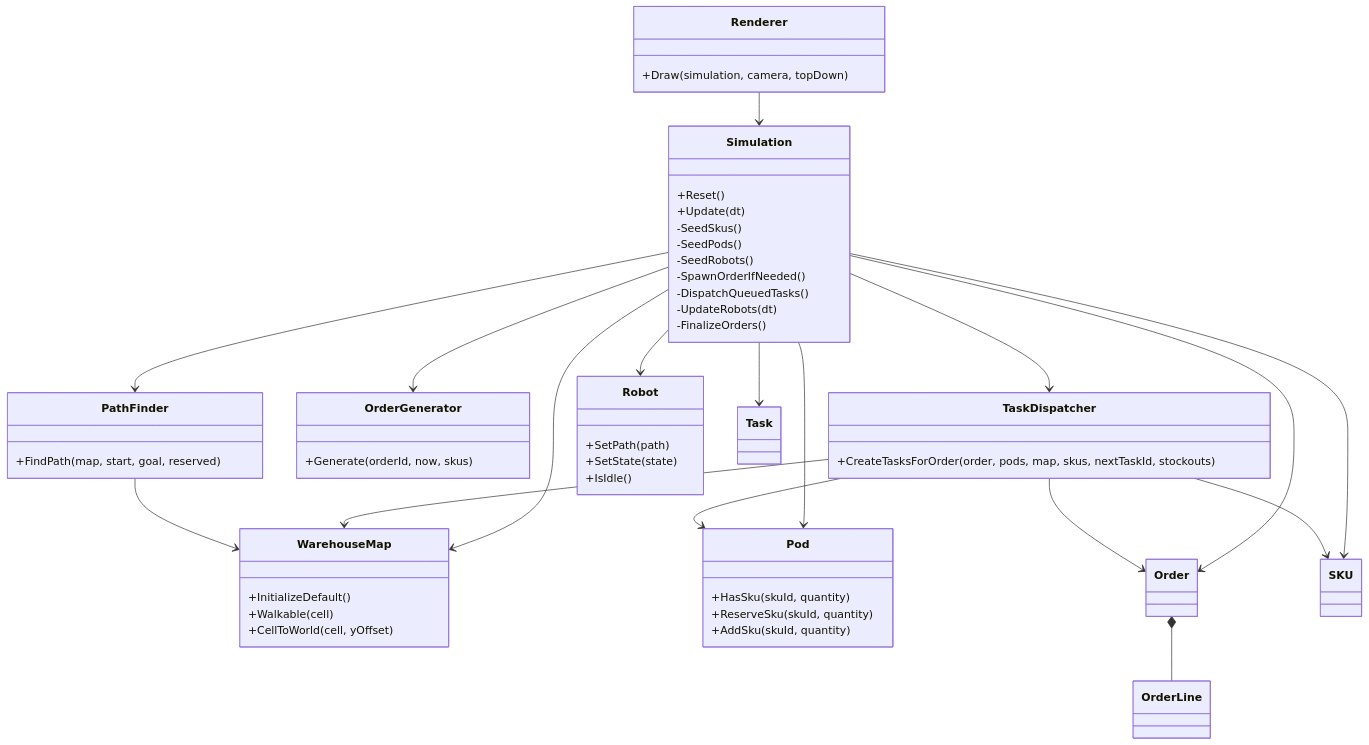
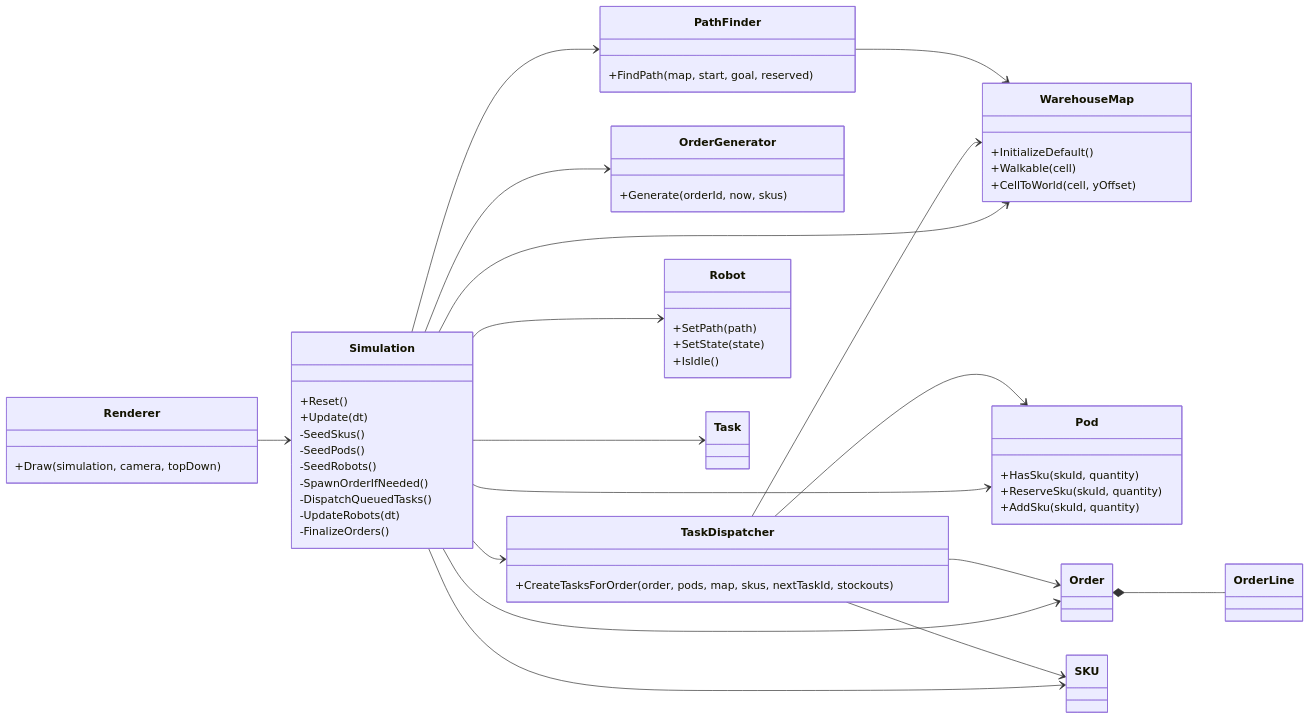
The diagram in README.md (Mrasipila/Inventory-management-system-Kiva-amazon), drawn with Mermaid before and after one commit. The commit also changed other lines of this file, not shown here.

````diff
--- a/README.md
+++ b/README.md
@@ -93,77 +95,75 @@
 ```mermaid
 classDiagram
-  class Simulation {
-    +Reset()
-    +Update(dt)
-    -SeedSkus()
-    -SeedPods()
-    -SeedRobots()
-    -SpawnOrderIfNeeded()
-    -DispatchQueuedTasks()
-    -UpdateRobots(dt)
-    -FinalizeOrders()
-  }
+direction LR
 
-  class WarehouseMap {
-    +InitializeDefault()
-    +Walkable(cell)
-    +CellToWorld(cell, yOffset)
-  }
+class Simulation {
+  +Reset()
+  +Update(dt)
+  -SeedSkus()
+  -SeedPods()
+  -SeedRobots()
+  -SpawnOrderIfNeeded()
+  -DispatchQueuedTasks()
+  -UpdateRobots(dt)
+  -FinalizeOrders()
+}
 
-  class PathFinder {
-    +FindPath(map, start, goal, reserved)
-  }
+class WarehouseMap {
+  +InitializeDefault()
+  +Walkable(cell)
+  +CellToWorld(cell, yOffset)
+}
 
-  class OrderGenerator {
-    +Generate(orderId, now, skus)
-  }
+class PathFinder {
+  +FindPath(map, start, goal, reserved)
+}
 
-  class TaskDispatcher {
-    +CreateTasksForOrder(order, pods, map, skus, nextTaskId, stockouts)
-  }
+class OrderGenerator {
+  +Generate(orderId, now, skus)
+}
 
-  class Pod {
-    +HasSku(skuId, quantity)
-    +ReserveSku(skuId, quantity)
-    +AddSku(skuId, quantity)
-  }
+class TaskDispatcher {
+  +CreateTasksForOrder(order, pods, map, skus, nextTaskId, stockouts)
+}
 
-  class Robot {
-    +SetPath(path)
-    +SetState(state)
-    +IsIdle()
-  }
+class Pod {
+  +HasSku(skuId, quantity)
+  +ReserveSku(skuId, quantity)
+  +AddSku(skuId, quantity)
+}
 
-  class Task {
-  }
+class Robot {
+  +SetPath(path)
+  +SetState(state)
+  +IsIdle()
+}
 
-  class Order {
-  }
+class Task
+class Order
+class OrderLine
+class SKU
 
-  class OrderLine {
-  }
+class Renderer {
+  +Draw(simulation, camera, topDown)
+}
 
-  class SKU {
-  }
+Simulation --> WarehouseMap
+Simulation --> PathFinder
+Simulation --> OrderGenerator
+Simulation --> TaskDispatcher
+Simulation --> Pod
+Simulation --> Robot
+Simulation --> Task
+Simulation --> Order
+Simulation --> SKU
 
-  class Renderer {
-    +Draw(simulation, camera, topDown)
-  }
+Order *-- OrderLine
 
-  Simulation --> WarehouseMap
-  Simulation --> PathFinder
-  Simulation --> OrderGenerator
-  Simulation --> TaskDispatcher
-  Simulation --> Pod
-  Simulation --> Robot
-  Simulation --> Task
-  Simulation --> Order
-  Simulation --> SKU
-  Order *-- OrderLine
-  TaskDispatcher --> Pod
-  TaskDispatcher --> Order
-  TaskDispatcher --> SKU
-  TaskDispatcher --> WarehouseMap
-  PathFinder --> WarehouseMap
-  Renderer --> Simulation
+TaskDispatcher --> Pod
+TaskDispatcher --> Order
+TaskDispatcher --> SKU
+TaskDispatcher --> WarehouseMap
+
+PathFinder --> WarehouseMap
+Renderer --> Simulation
 ```
````
